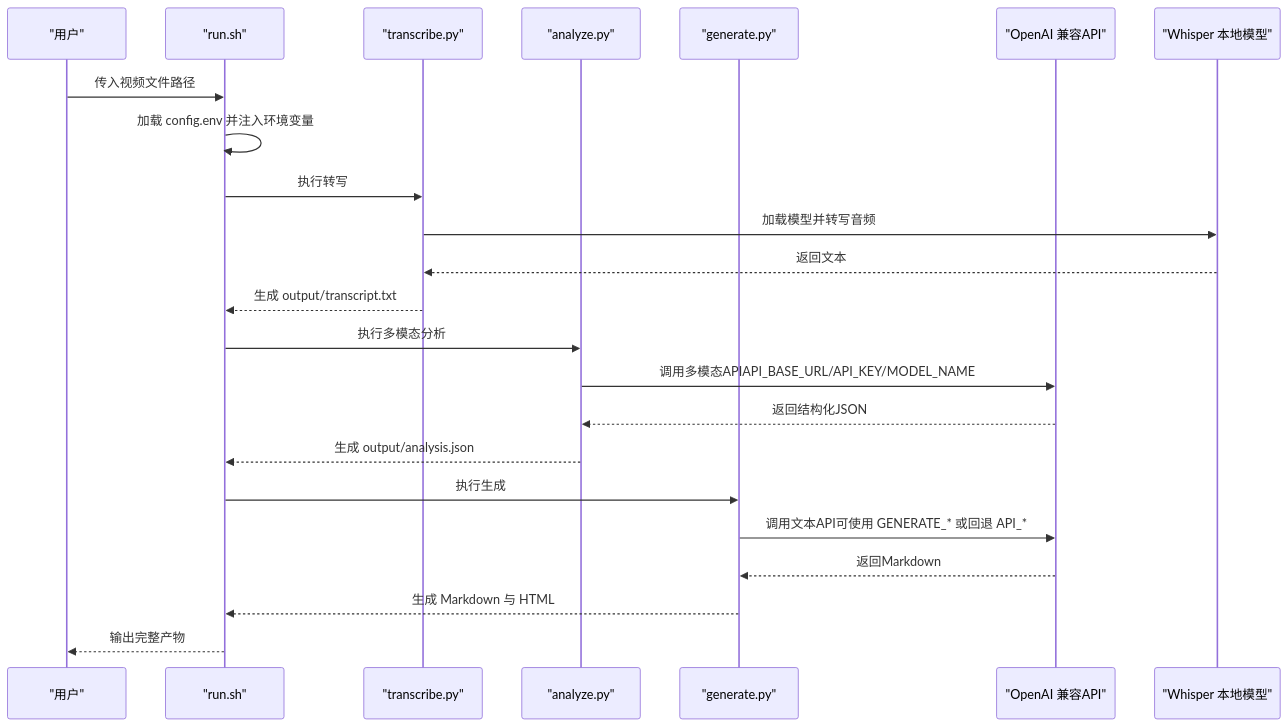
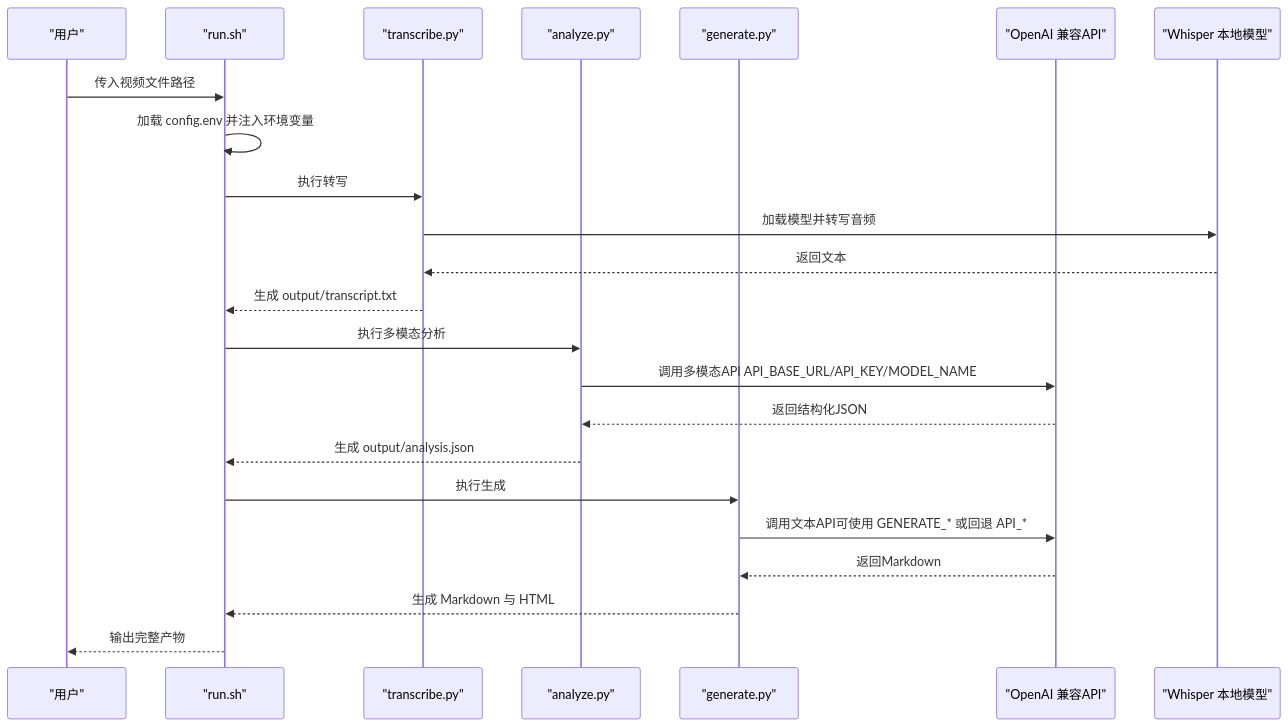
Before and after one commit to WongMingJiu/landingpage-test-hero-page: the second of 6 diagrams in .qoder/repowiki/zh/content/配置和定制/API配置.md, drawn with Mermaid. The commit also changed other lines of this file and 5 other files, not shown here.

Commit message:
feat: 更新 skill 支持双模式（视频分析+生图），更新 README

````diff
--- a/.qoder/repowiki/zh/content/配置和定制/API配置.md
+++ b/.qoder/repowiki/zh/content/配置和定制/API配置.md
@@ -104,25 +123,25 @@
 ```mermaid
 sequenceDiagram
 participant U as "用户"
 participant SH as "run.sh"
 participant TR as "transcribe.py"
 participant AN as "analyze.py"
 participant GE as "generate.py"
 participant OA as "OpenAI 兼容API"
 participant WH as "Whisper 本地模型"
 U->>SH : 传入视频文件路径
 SH->>SH : 加载 config.env 并注入环境变量
 SH->>TR : 执行转写
 TR->>WH : 加载模型并转写音频
 WH-->>TR : 返回文本
 TR-->>SH : 生成 output/transcript.txt
 SH->>AN : 执行多模态分析
-AN->>OA : 调用多模态APIAPI_BASE_URL/API_KEY/MODEL_NAME
+AN->>OA : 调用多模态API API_BASE_URL/API_KEY/MODEL_NAME
 OA-->>AN : 返回结构化JSON
 AN-->>SH : 生成 output/analysis.json
 SH->>GE : 执行生成
 GE->>OA : 调用文本API可使用 GENERATE_* 或回退 API_*
 OA-->>GE : 返回Markdown
 GE-->>SH : 生成 Markdown 与 HTML
 SH-->>U : 输出完整产物
 ```
````
